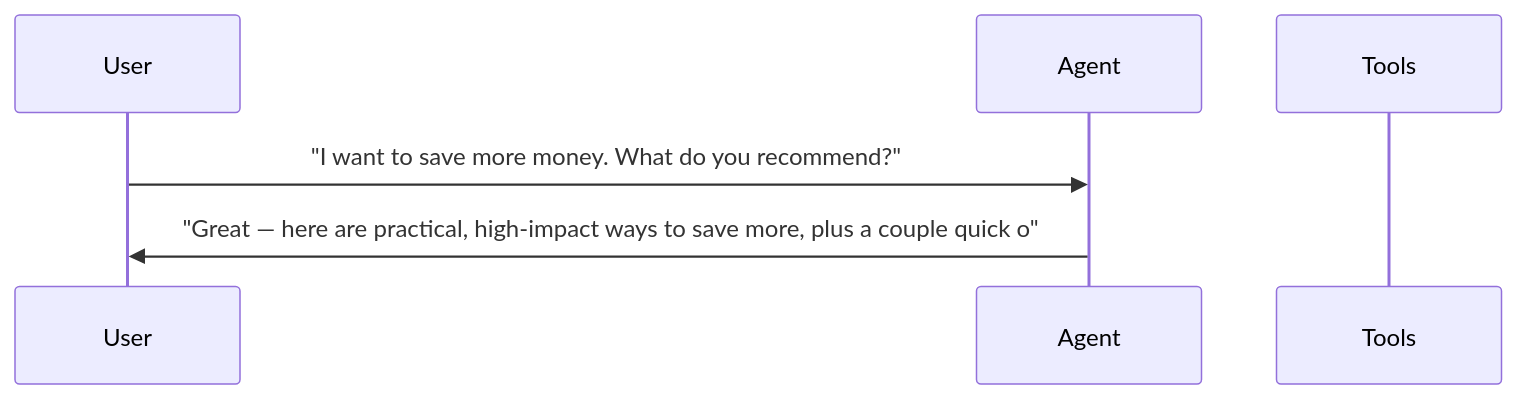
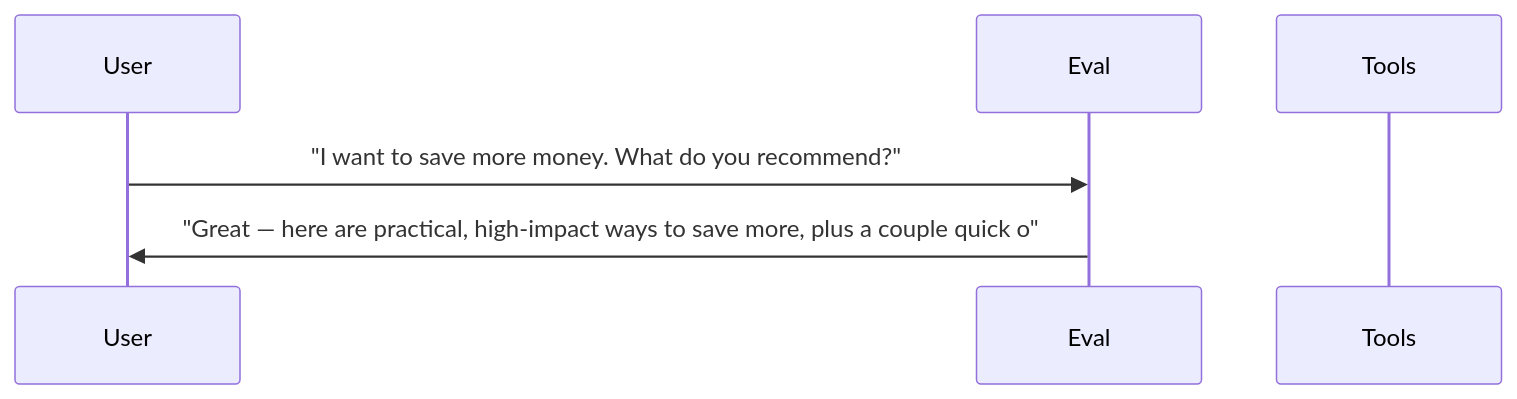
The third of 4 diagrams in docs/reports/07_skill_improvement.md (sbroenne/pytest-skill-engineering), drawn with Mermaid before and after one commit. The commit also changed other lines of this file and 155 other files, not shown here.

````diff
--- a/docs/reports/07_skill_improvement.md
+++ b/docs/reports/07_skill_improvement.md
@@ -240,9 +240,9 @@
 ```mermaid
 sequenceDiagram
     participant User
-    participant Agent
+    participant Eval
     participant Tools
 
-    User->>Agent: "I want to save more money. What do you recommend?"
-    Agent->>User: "Great — here are practical, high-impact ways to save more, plus a couple quick o"
+    User->>Eval: "I want to save more money. What do you recommend?"
+    Eval->>User: "Great — here are practical, high-impact ways to save more, plus a couple quick o"
 ```
````
